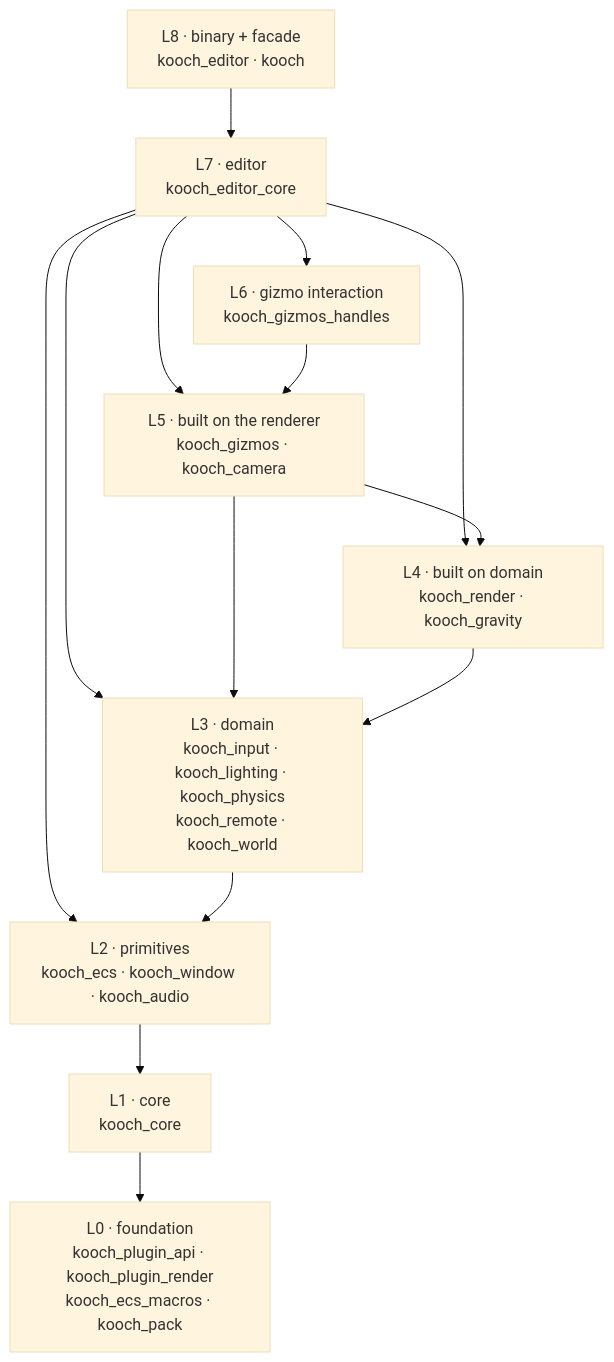
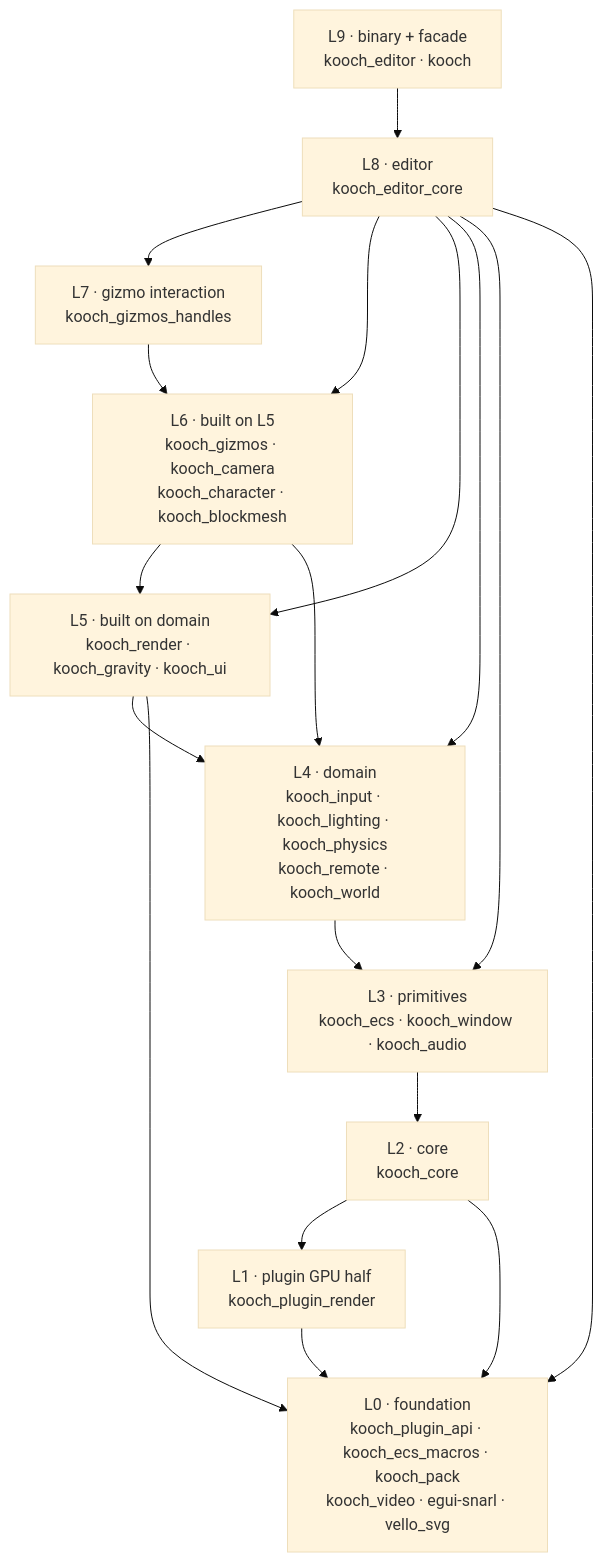
The diagram in docs/book/src/architecture/crate-graph.md (lobinuxsoft/kooch), drawn with Mermaid (base theme) before and after one commit. The commit also changed other lines of this file and 19 other files, not shown here.

````diff
--- a/docs/book/src/architecture/crate-graph.md
+++ b/docs/book/src/architecture/crate-graph.md
@@ -57,26 +62,31 @@
 ```mermaid
 flowchart TD
-    L8["L8 · binary + facade<br/>kooch_editor · kooch"]
-    L7["L7 · editor<br/>kooch_editor_core"]
-    L6["L6 · gizmo interaction<br/>kooch_gizmos_handles"]
-    L5["L5 · built on the renderer<br/>kooch_gizmos · kooch_camera"]
-    L4["L4 · built on domain<br/>kooch_render · kooch_gravity"]
-    L3["L3 · domain<br/>kooch_input · kooch_lighting · kooch_physics<br/>kooch_remote · kooch_world"]
-    L2["L2 · primitives<br/>kooch_ecs · kooch_window · kooch_audio"]
-    L1["L1 · core<br/>kooch_core"]
-    L0["L0 · foundation<br/>kooch_plugin_api · kooch_plugin_render<br/>kooch_ecs_macros · kooch_pack"]
+    L9["L9 · binary + facade<br/>kooch_editor · kooch"]
+    L8["L8 · editor<br/>kooch_editor_core"]
+    L7["L7 · gizmo interaction<br/>kooch_gizmos_handles"]
+    L6["L6 · built on L5<br/>kooch_gizmos · kooch_camera<br/>kooch_character · kooch_blockmesh"]
+    L5["L5 · built on domain<br/>kooch_render · kooch_gravity · kooch_ui"]
+    L4["L4 · domain<br/>kooch_input · kooch_lighting · kooch_physics<br/>kooch_remote · kooch_world"]
+    L3["L3 · primitives<br/>kooch_ecs · kooch_window · kooch_audio"]
+    L2["L2 · core<br/>kooch_core"]
+    L1["L1 · plugin GPU half<br/>kooch_plugin_render"]
+    L0["L0 · foundation<br/>kooch_plugin_api · kooch_ecs_macros · kooch_pack<br/>kooch_video · egui-snarl · vello_svg"]
 
+    L9 --> L8
     L8 --> L7
+    L8 --> L6
+    L8 --> L5
+    L8 --> L4
+    L8 --> L3
+    L8 --> L0
     L7 --> L6
-    L7 --> L5
-    L7 --> L4
-    L7 --> L3
-    L7 --> L2
     L6 --> L5
+    L6 --> L4
     L5 --> L4
-    L5 --> L3
+    L5 --> L0
     L4 --> L3
     L3 --> L2
     L2 --> L1
+    L2 --> L0
     L1 --> L0
 ```
````
